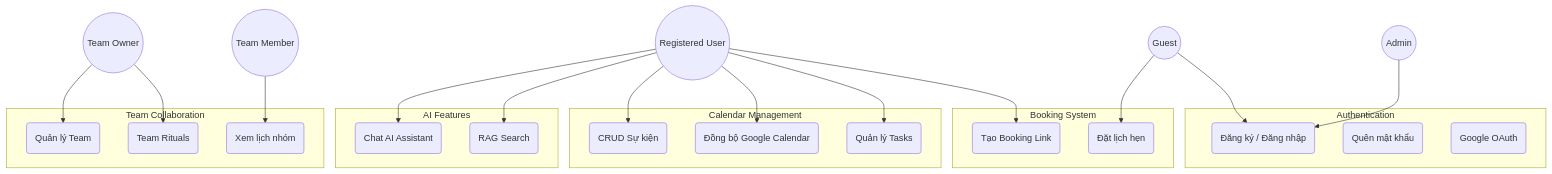
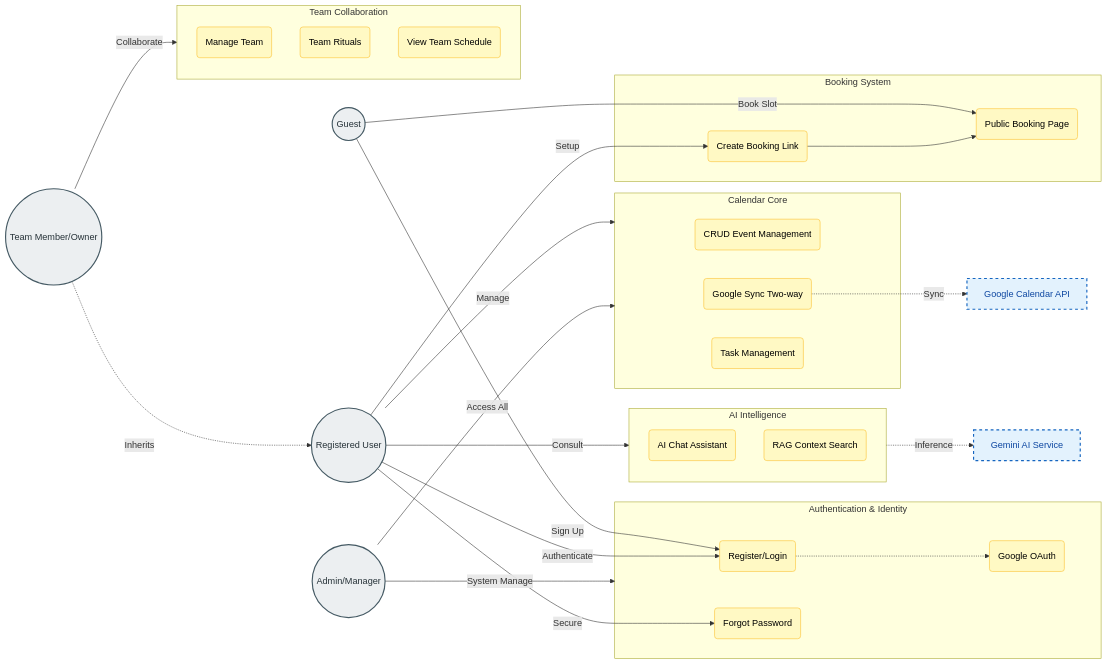
The second of 36 diagrams in reports/SE347_Bao_Cao_Chuong_3.md (TDevUIT/Calento), drawn with Mermaid before and after one commit. The commit also changed other lines of this file, not shown here.

````diff
--- a/reports/SE347_Bao_Cao_Chuong_3.md
+++ b/reports/SE347_Bao_Cao_Chuong_3.md
@@ -208,53 +208,76 @@
 ```mermaid
-graph TD
+graph LR
+    %% Actors
+    Guest((Guest))
     User((Registered User))
-    Guest((Guest))
-    Admin((Admin))
-    TeamMember((Team Member))
-    TeamOwner((Team Owner))
+    Admin((Admin/Manager))
+    Role_Team((Team Member/Owner))
 
-    subgraph Authentication
-        UC1(Đăng ký / Đăng nhập)
-        UC2(Quên mật khẩu)
-        UC3(Google OAuth)
+    %% External Systems
+    G_API[Google Calendar API]
+    Gemini[Gemini AI Service]
+
+    %% Subsystems
+    subgraph Auth [Authentication & Identity]
+        UC_Reg(Register/Login)
+        UC_OAuth(Google OAuth)
+        UC_Pass(Forgot Password)
     end
 
-    subgraph Calendar[Calendar Management]
-        UC4(CRUD Sự kiện)
-        UC5(Đồng bộ Google Calendar)
-        UC6(Quản lý Tasks)
+    subgraph Core [Calendar Core]
+        UC_Event(CRUD Event Management)
+        UC_Sync(Google Sync Two-way)
+        UC_Task(Task Management)
     end
 
-    subgraph Booking[Booking System]
-        UC7(Tạo Booking Link)
-        UC8(Đặt lịch hẹn)
+    subgraph Book [Booking System]
+        UC_Link(Create Booking Link)
+        UC_Book(Public Booking Page)
     end
 
-    subgraph Team[Team Collaboration]
-        UC9(Quản lý Team)
-        UC10(Team Rituals)
-        UC11(Xem lịch nhóm)
+    subgraph Team [Team Collaboration]
+        UC_TeamManage(Manage Team)
+        UC_Rituals(Team Rituals)
+        UC_ViewSched(View Team Schedule)
     end
 
-    subgraph AI[AI Features]
-        UC12(Chat AI Assistant)
-        UC13(RAG Search)
+    subgraph AI [AI Intelligence]
+        UC_Chat(AI Chat Assistant)
+        UC_RAG(RAG Context Search)
     end
 
-    User --> UC4
-    User --> UC5
-    User --> UC6
-    User --> UC7
-    User --> UC12
-    User --> UC13
+    %% Relationships - Guest
+    Guest -->|Sign Up| UC_Reg
+    Guest -->|Book Slot| UC_Book
 
-    Guest --> UC1
-    Guest --> UC8
+    %% Relationships - User
+    User -->|Authenticate| UC_Reg
+    User -->|Manage| Core
+    User -->|Setup| UC_Link
+    User -->|Consult| AI
+    User -->|Secure| UC_Pass
 
-    TeamOwner --> UC9
-    TeamOwner --> UC10
+    %% Relationships - Team
+    Role_Team -.->|Inherits| User
+    Role_Team -->|Collaborate| Team
 
-    TeamMember --> UC11
+    %% Relationships - Admin
+    Admin -->|System Manage| Auth
+    Admin -->|Access All| Core
 
-    Admin --> UC1
+    %% Internal & External Dependencies
+    UC_Reg -.-> UC_OAuth
+    UC_Link --> UC_Book
+    UC_Sync -.->|Sync| G_API
+    AI -.->|Inference| Gemini
+
+    %% Styling
+    classDef actor fill:#eceff1,stroke:#455a64,stroke-width:2px,color:#263238
+    classDef usecase fill:#fff9c4,stroke:#fbc02d,stroke-width:1px,color:#000
+    classDef ext fill:#e3f2fd,stroke:#1565c0,stroke-width:2px,stroke-dasharray: 5 5,color:#0d47a1
+    classDef sub fill:#ffffff,stroke:#cfd8dc,stroke-width:1px,color:#546e7a
+
+    class Guest,User,Admin,Role_Team actor
+    class UC_Reg,UC_OAuth,UC_Pass,UC_Event,UC_Sync,UC_Task,UC_Link,UC_Book,UC_TeamManage,UC_Rituals,UC_ViewSched,UC_Chat,UC_RAG usecase
+    class G_API,Gemini ext
 ```
````
